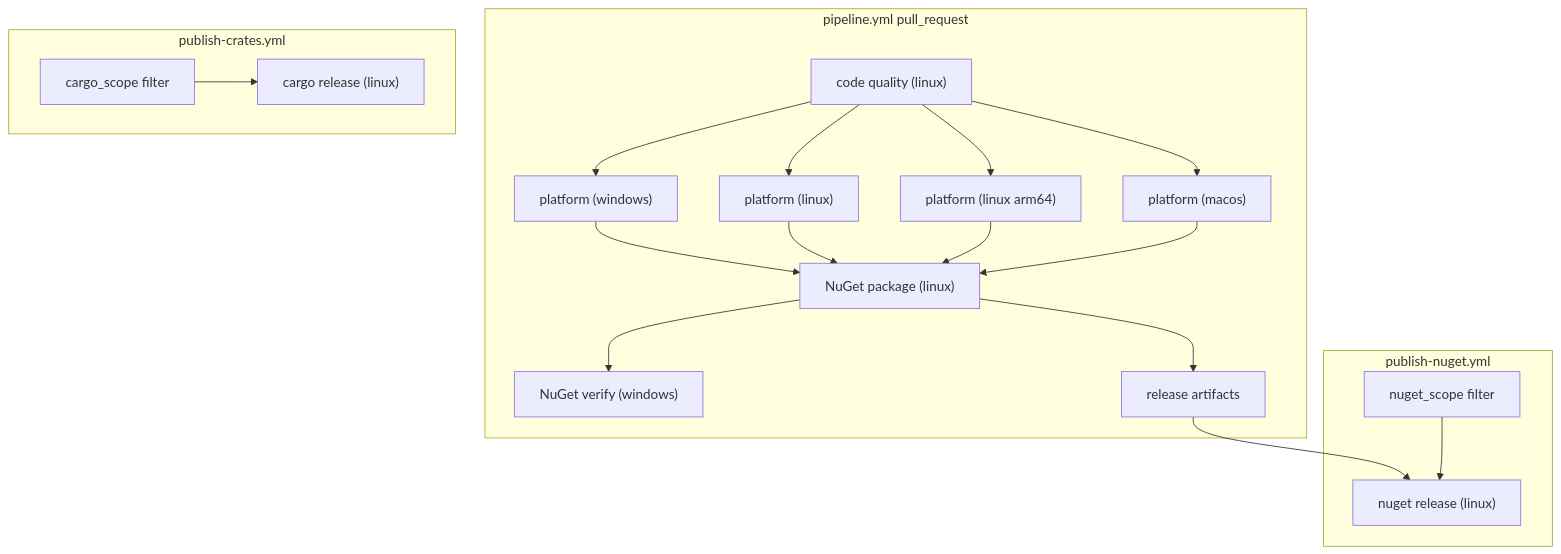
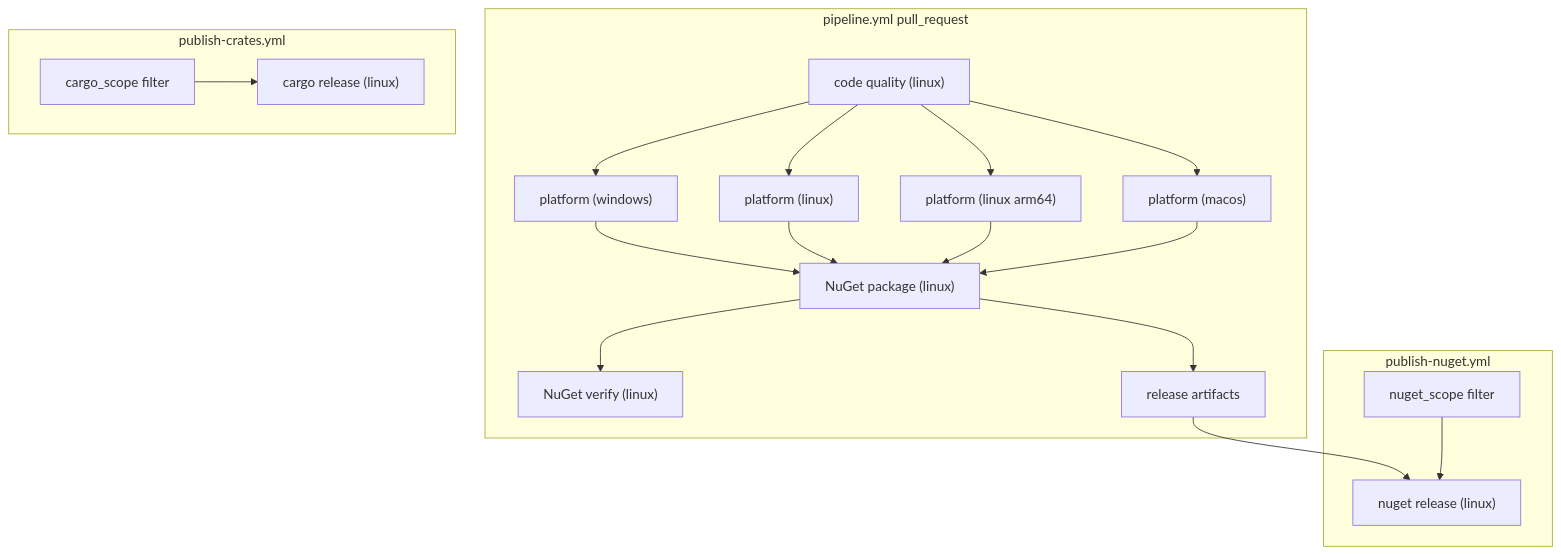
Before and after one commit to D-Naveenz/dhara_storage: the diagram in docs/ci-cd-pipelines.md, drawn with Mermaid. The commit also changed other lines of this file and 10 other files, not shown here.

First line of the commit message:
👷 Update CI workflows to run tests and verification on Linux instead of Windows

````diff
--- a/docs/ci-cd-pipelines.md
+++ b/docs/ci-cd-pipelines.md
@@ -20,29 +20,29 @@
 ```mermaid
 flowchart TB
   subgraph pr ["pipeline.yml pull_request"]
     Q["code quality (linux)"]
     PW["platform (windows)"]
     PL["platform (linux)"]
     PLA["platform (linux arm64)"]
     PM["platform (macos)"]
     PACK["NuGet package (linux)"]
-    VER["NuGet verify (windows)"]
+    VER["NuGet verify (linux)"]
     Q --> PW & PL & PLA & PM
     PW & PL & PLA & PM --> PACK
     PACK --> VER
     PACK --> ART[release artifacts]
   end
 
   subgraph cd_cargo ["publish-crates.yml"]
     FC[cargo_scope filter]
     CR["cargo release (linux)"]
     FC --> CR
   end
 
   subgraph cd_nuget ["publish-nuget.yml"]
     FN[nuget_scope filter]
     NU["nuget release (linux)"]
     ART --> NU
     FN --> NU
   end
 ```
````
